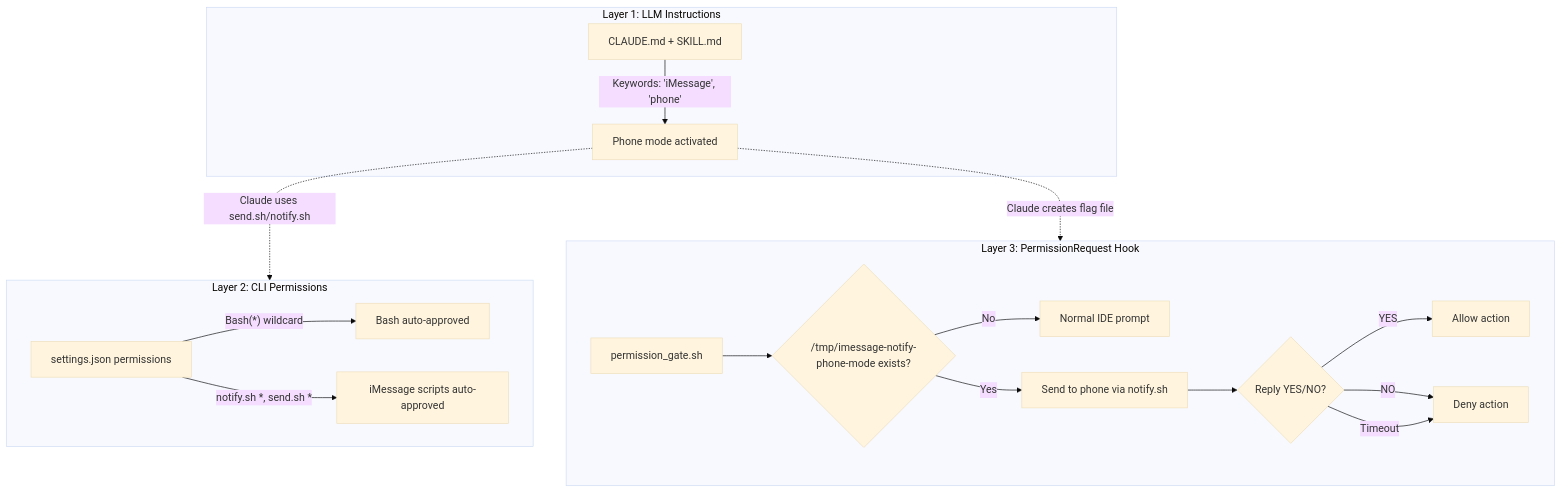
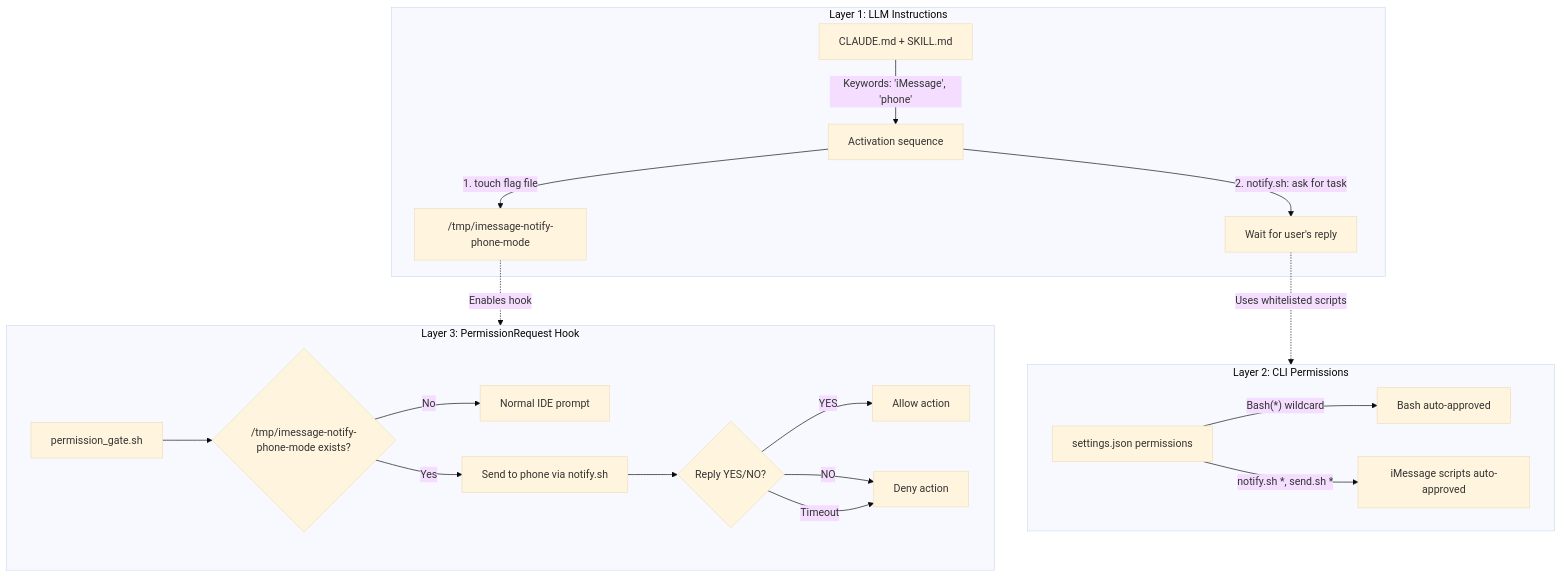
Before and after one commit to Noel-Niko/claude-notifications: the third of 4 diagrams in README.md, drawn with Mermaid (base theme). The commit also changed other lines of this file and 5 other files, not shown here.

````diff
--- a/README.md
+++ b/README.md
@@ -343,28 +347,30 @@
 ```mermaid
 flowchart TB
     subgraph Layer1["Layer 1: LLM Instructions"]
         CLAUDE["CLAUDE.md + SKILL.md"]
-        CLAUDE -->|"Keywords: 'iMessage', 'phone'"| MODE["Phone mode activated"]
+        CLAUDE -->|"Keywords: 'iMessage', 'phone'"| ACTIVATE["Activation sequence"]
+        ACTIVATE -->|"1. touch flag file"| FLAG_CREATE["/tmp/imessage-notify-phone-mode"]
+        ACTIVATE -->|"2. notify.sh: ask for task"| WAIT["Wait for user's reply"]
     end
 
     subgraph Layer2["Layer 2: CLI Permissions"]
         PERMS["settings.json permissions"]
         PERMS -->|"Bash(*) wildcard"| BASH_OK["Bash auto-approved"]
         PERMS -->|"notify.sh *, send.sh *"| SCRIPT_OK["iMessage scripts auto-approved"]
     end
 
     subgraph Layer3["Layer 3: PermissionRequest Hook"]
         HOOK["permission_gate.sh"]
         FLAG{"/tmp/imessage-notify-phone-mode exists?"}
         HOOK --> FLAG
         FLAG -->|No| IDE_PROMPT["Normal IDE prompt"]
         FLAG -->|Yes| IMSG["Send to phone via notify.sh"]
         IMSG --> REPLY{"Reply YES/NO?"}
         REPLY -->|YES| ALLOW["Allow action"]
         REPLY -->|NO| DENY["Deny action"]
         REPLY -->|Timeout| DENY
     end
 
-    MODE -.->|"Claude uses send.sh/notify.sh"| Layer2
-    MODE -.->|"Claude creates flag file"| Layer3
+    FLAG_CREATE -.->|"Enables hook"| Layer3
+    WAIT -.->|"Uses whitelisted scripts"| Layer2
 ```
````
